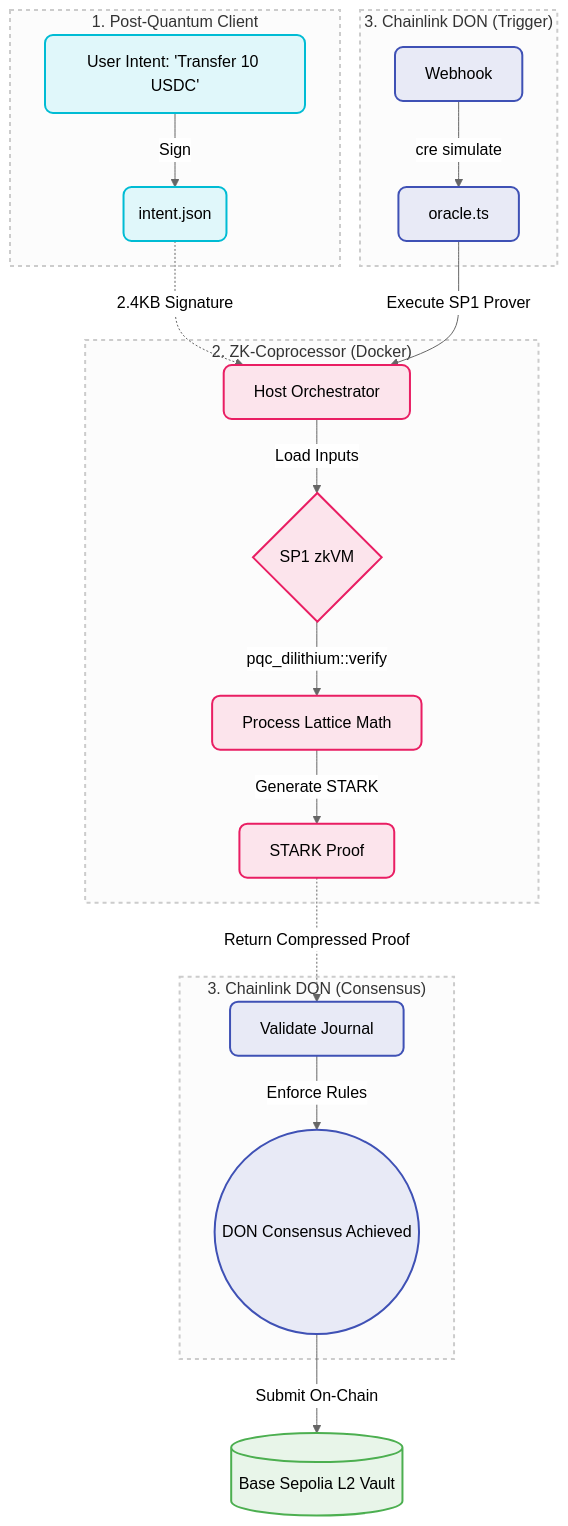
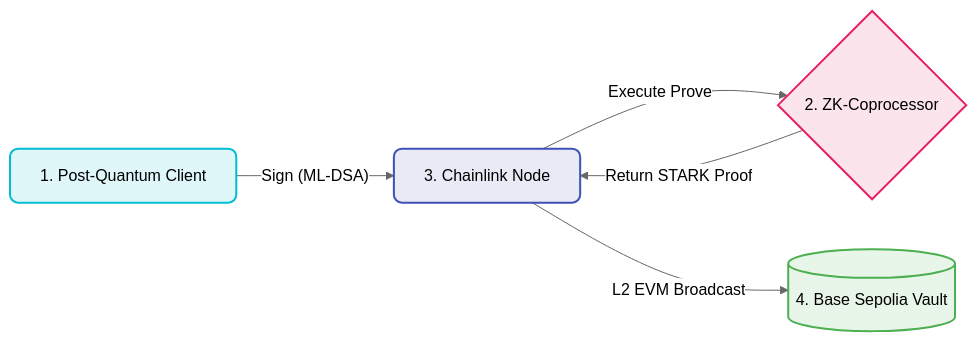
One commit to vjb/quantum-safe-cre changed the diagram in README.md. Above: the diagram before and after it, drawn with Mermaid (neutral theme).

Commit message:
style: streamline mermaid representation flow

````diff
--- a/README.md
+++ b/README.md
@@ -19,35 +19,12 @@
 ```mermaid
-graph TD
+graph LR
     classDef client fill:#E0F7FA,stroke:#00BCD4,stroke-width:2px,color:#000000,rx:8px,ry:8px;
     classDef zk fill:#FCE4EC,stroke:#E91E63,stroke-width:2px,color:#000000,rx:8px,ry:8px;
     classDef link fill:#E8EAF6,stroke:#3F51B5,stroke-width:2px,color:#000000,rx:8px,ry:8px;
     classDef base fill:#E8F5E9,stroke:#4CAF50,stroke-width:2px,color:#000000,rx:8px,ry:8px;
 
-    subgraph Phase1 ["1. Post-Quantum Client"]
-        A["User Intent: 'Transfer 10 USDC'"]:::client -->|"Sign"| B("intent.json"):::client
-    end
-
-    subgraph Phase3_Start ["3. Chainlink DON (Trigger)"]
-        G["Webhook"]:::link -->|"cre simulate"| H["oracle.ts"]:::link
-    end
-
-    subgraph Phase2 ["2. ZK-Coprocessor (Docker)"]
-        C["Host Orchestrator"]:::zk -->|"Load Inputs"| D{"SP1 zkVM"}:::zk
-        D -->|"pqc_dilithium::verify"| E["Process Lattice Math"]:::zk
-        E -->|"Generate STARK"| F["STARK Proof"]:::zk
-    end
-
-    subgraph Phase3_End ["3. Chainlink DON (Consensus)"]
-        H2["Validate Journal"]:::link -->|"Enforce Rules"| I(("DON Consensus Achieved")):::link
-    end
-
-    B -.->|"2.4KB Signature"| C
-    H -->|"Execute SP1 Prover"| C
-    F -.->|"Return Compressed Proof"| H2
-    I -->|"Submit On-Chain"| J[("Base Sepolia L2 Vault")]:::base
-
-    style Phase1 fill:#fcfcfc,stroke:#cccccc,stroke-width:2px,stroke-dasharray: 4 4;
-    style Phase3_Start fill:#fcfcfc,stroke:#cccccc,stroke-width:2px,stroke-dasharray: 4 4;
-    style Phase2 fill:#fcfcfc,stroke:#cccccc,stroke-width:2px,stroke-dasharray: 4 4;
-    style Phase3_End fill:#fcfcfc,stroke:#cccccc,stroke-width:2px,stroke-dasharray: 4 4;
+    Client["1. Post-Quantum Client"]:::client -->|"Sign (ML-DSA)"| DON["3. Chainlink Node"]:::link
+    DON -->|"Execute Prove"| SP1{"2. ZK-Coprocessor"}:::zk
+    SP1 -->|"Return STARK Proof"| DON
+    DON -->|"L2 EVM Broadcast"| L2[("4. Base Sepolia Vault")]:::base
 ```
````
